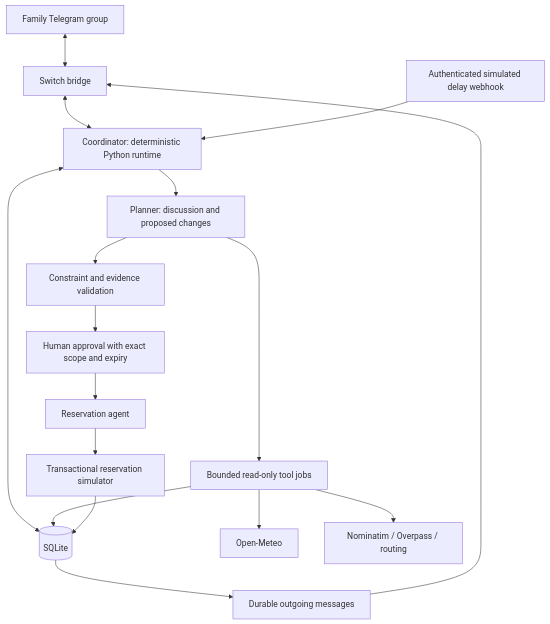
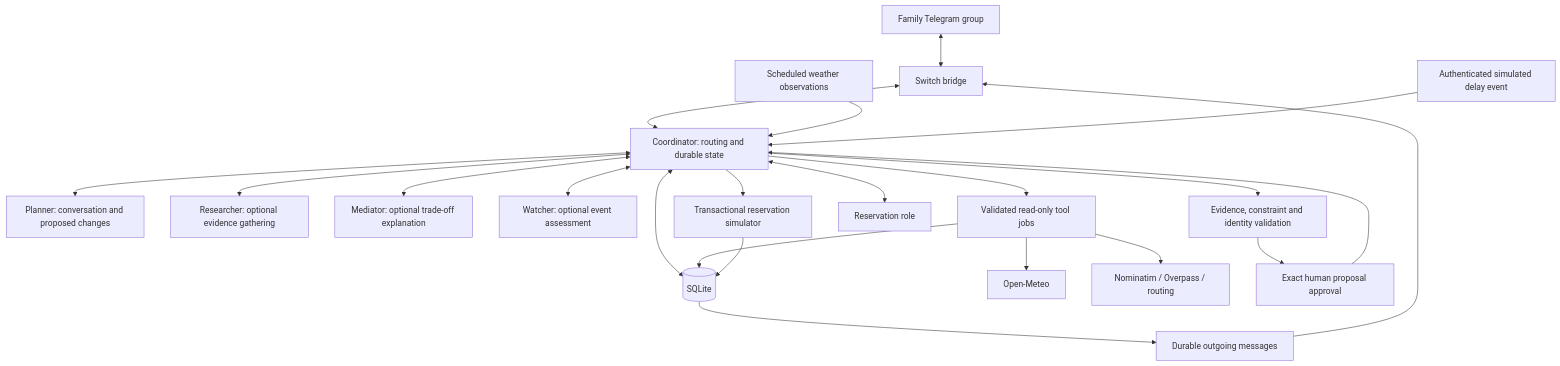
The first of 4 diagrams in README.md (SarveshDujari/Trippy---Travel-Companion), drawn with Mermaid before and after one commit. The commit also changed other lines of this file and 33 other files, not shown here.

Commit message:
Add specialist roles, memory safeguards and detailed architecture guide

````diff
--- a/README.md
+++ b/README.md
@@ -64,19 +77,24 @@
 ```mermaid
 flowchart TD
     Family[Family Telegram group] <--> Switch[Switch bridge]
-    Switch <--> Coordinator[Coordinator: deterministic Python runtime]
-    Coordinator <--> DB[(SQLite)]
-    Coordinator --> Planner[Planner: discussion and proposed changes]
-    Planner --> Tools[Bounded read-only tool jobs]
+    Switch <--> C[Coordinator: routing and durable state]
+    C <--> DB[(SQLite)]
+    C <--> P[Planner: conversation and proposed changes]
+    C <--> R[Researcher: optional evidence gathering]
+    C <--> M[Mediator: optional trade-off explanation]
+    C <--> W[Watcher: optional event assessment]
+    C --> Tools[Validated read-only tool jobs]
     Tools --> Weather[Open-Meteo]
     Tools --> Maps[Nominatim / Overpass / routing]
     Tools --> DB
-    Planner --> Validation[Constraint and evidence validation]
-    Validation --> Approval[Human approval with exact scope and expiry]
-    Approval --> Reservations[Reservation agent]
-    Reservations --> Simulator[Transactional reservation simulator]
+    Schedule[Scheduled weather observations] --> C
+    Demo[Authenticated simulated delay event] --> C
+    C --> V[Evidence, constraint and identity validation]
+    V --> Approval[Exact human proposal approval]
+    Approval --> C
+    C <--> Reservation[Reservation role]
+    C --> Simulator[Transactional reservation simulator]
     Simulator --> DB
     DB --> Outbox[Durable outgoing messages]
     Outbox --> Switch
-    Demo[Authenticated simulated delay webhook] --> Coordinator
 ```
````
